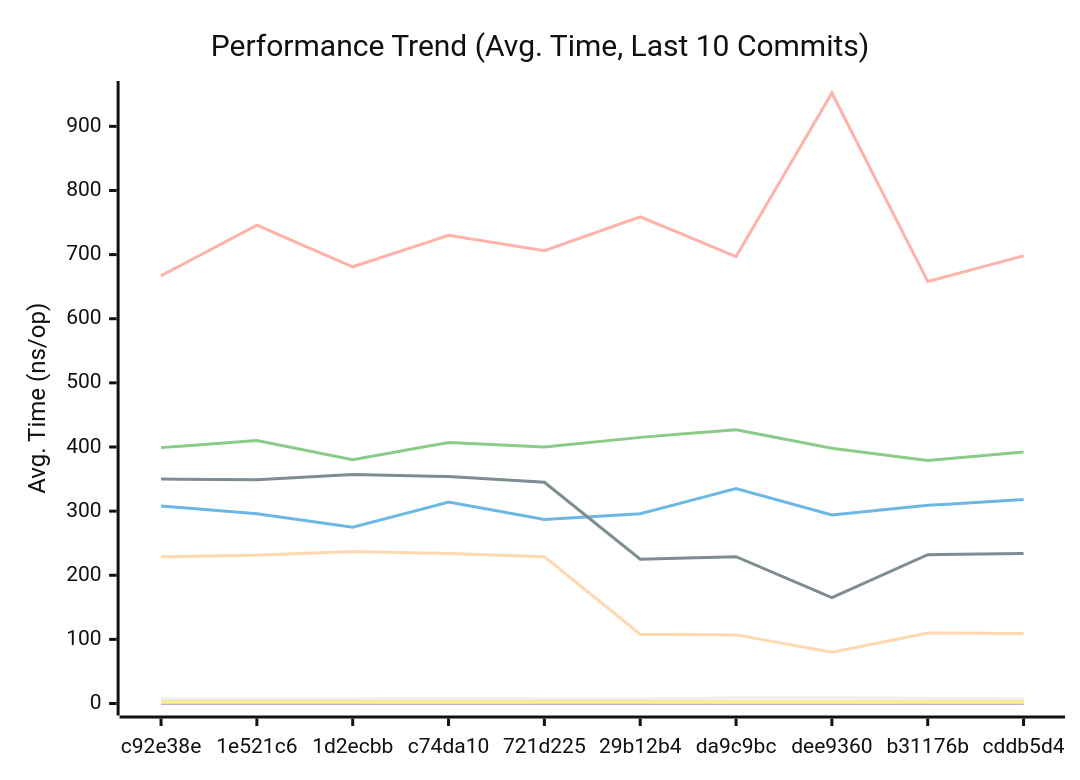
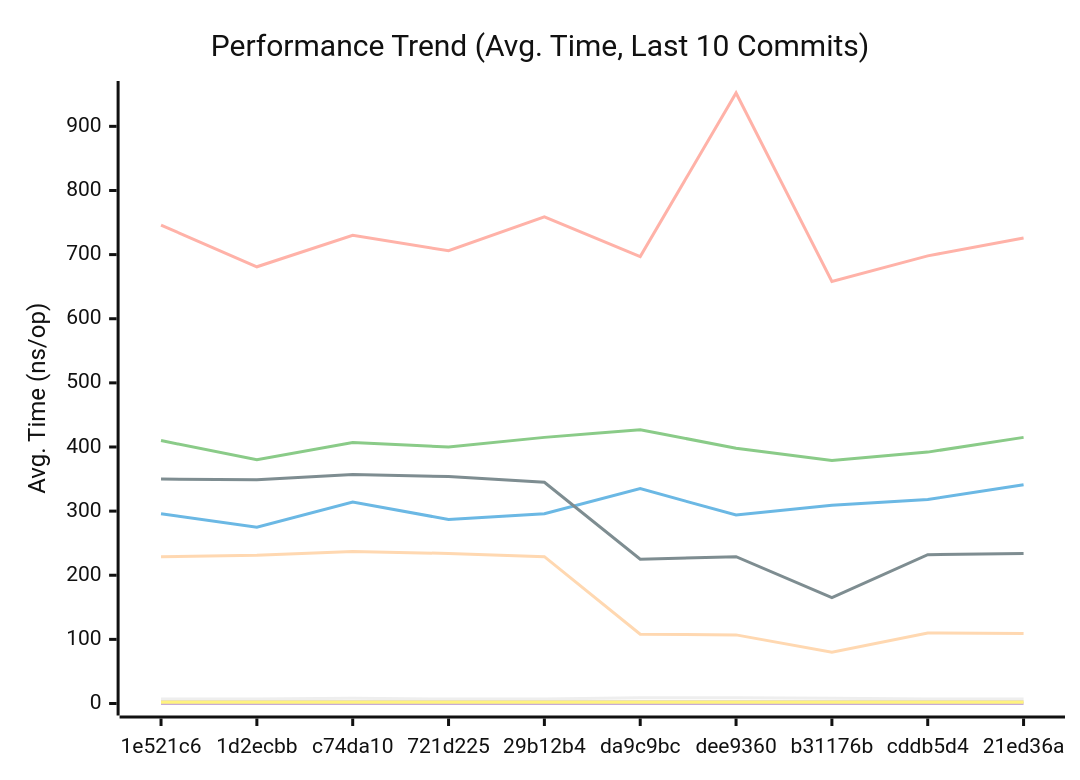
Before and after one commit to alsotoes/momo: the first of 3 diagrams in docs/PERFORMANCE.md, drawn with Mermaid (neutral theme). The commit also changed other lines of this file and 2 other files, not shown here.

````diff
--- a/docs/PERFORMANCE.md
+++ b/docs/PERFORMANCE.md
@@ -80,16 +81,16 @@
 ```mermaid
 xychart-beta
     title "Performance Trend (Avg. Time, Last 10 Commits)"
     x-axis "Commit"
     y-axis "Avg. Time (ns/op)"
-    x-axis [c92e38e,1e521c6,1d2ecbb,c74da10,721d225,29b12b4,da9c9bc,dee9360,b31176b,cddb5d4]
-    line "CheckMetricsAndSwap" [7,7,7,8,7,7,9,9,8,7]
-    line "CrushOptimized" [308,296,275,314,287,296,335,294,309,318]
-    line "CrushOriginal" [399,410,380,407,400,415,427,398,379,392]
+    x-axis [1e521c6,1d2ecbb,c74da10,721d225,29b12b4,da9c9bc,dee9360,b31176b,cddb5d4,21ed36a]
+    line "CheckMetricsAndSwap" [7,7,8,7,7,9,9,8,7,7]
+    line "CrushOptimized" [296,275,314,287,296,335,294,309,318,341]
+    line "CrushOriginal" [410,380,407,400,415,427,398,379,392,415]
     line "IndexDirectTracking" [0,0,0,0,0,0,0,0,0,0]
     line "IndexSearch" [3,3,3,3,3,3,3,3,3,3]
-    line "LoadGlobalConfig" [667,746,681,730,706,759,697,952,658,698]
+    line "LoadGlobalConfig" [746,681,730,706,759,697,952,658,698,726]
     line "PadString" [2,2,2,2,2,2,2,2,2,2]
     line "ParseReplicationOrder_NoPrealloc" [350,349,357,354,345,225,229,165,232,234]
     line "ParseReplicationOrder_Prealloc" [229,231,237,234,229,108,107,80,110,109]
 ```
````
